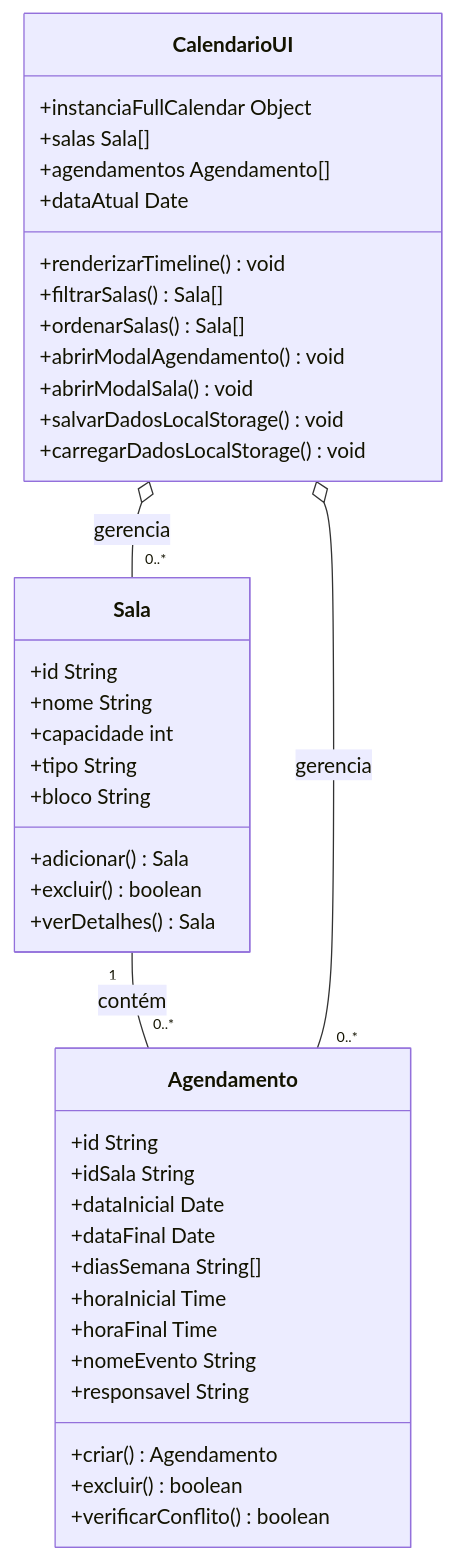
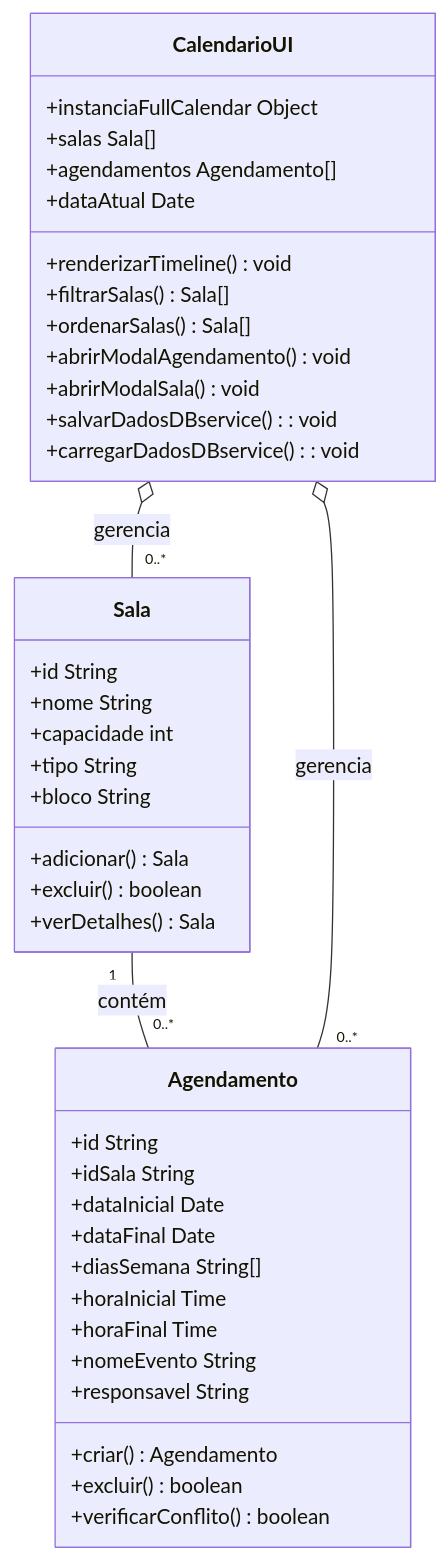
Before and after one commit to CTISM-Prof-Henry/trab-final-noite-gremio-fbpa: the diagram in Diagrama_de_Classe.md, drawn with Mermaid. The commit also changed other lines of this file, not shown here.

````diff
--- a/Diagrama_de_Classe.md
+++ b/Diagrama_de_Classe.md
@@ -47,47 +47,47 @@
 ```mermaid
 classDiagram
     class Sala {
         +id String
         +nome String
         +capacidade int
         +tipo String
         +bloco String
         +adicionar() Sala
         +excluir() boolean
         +verDetalhes() Sala
     }
 
     class Agendamento {
         +id String
         +idSala String
         +dataInicial Date
         +dataFinal Date
         +diasSemana String[]
         +horaInicial Time
         +horaFinal Time
         +nomeEvento String
         +responsavel String
         +criar() Agendamento
         +excluir() boolean
         +verificarConflito() boolean
     }
 
     class CalendarioUI {
         +instanciaFullCalendar Object
         +salas Sala[]
         +agendamentos Agendamento[]
         +dataAtual Date
         +renderizarTimeline() void
         +filtrarSalas() Sala[]
         +ordenarSalas() Sala[]
         +abrirModalAgendamento() void
         +abrirModalSala() void
-        +salvarDadosLocalStorage() void
-        +carregarDadosLocalStorage() void
+        +salvarDadosDBservice(): void
+        +carregarDadosDBservice(): void
     }
 
     Sala "1" -- "0..*" Agendamento : contém
     CalendarioUI o-- "0..*" Sala : gerencia
     CalendarioUI o-- "0..*" Agendamento : gerencia
 
 ```
````
